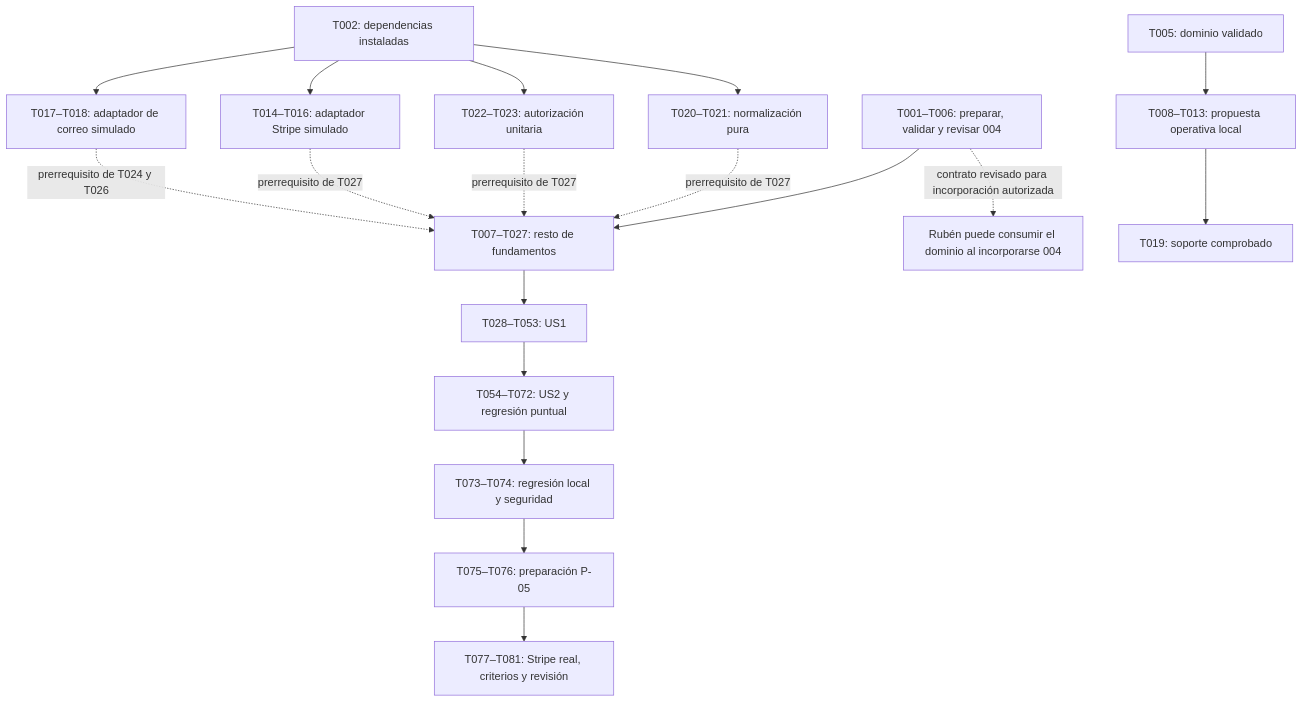
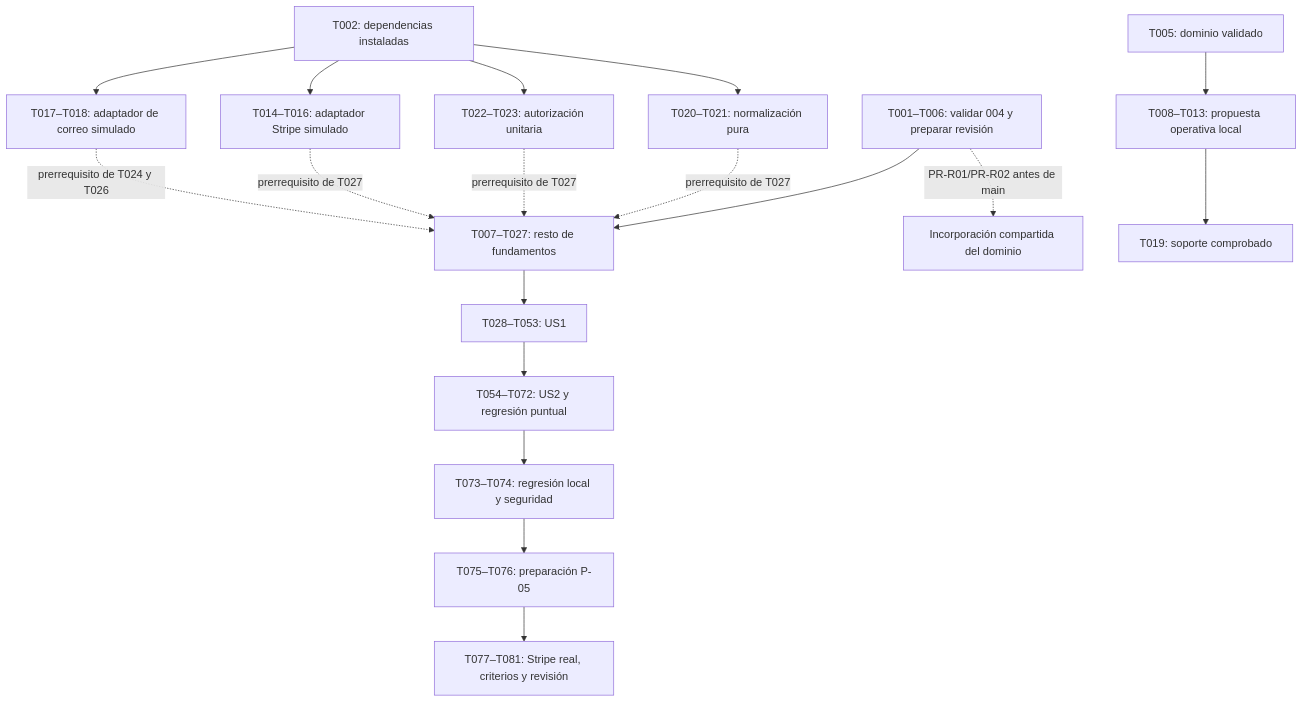
The diagram in specs/spec-001/tasks.md (nmp55-ua/IWEB_ONG), drawn with Mermaid before and after one commit. The commit also changed other lines of this file and 9 other files, not shown here.

````diff
--- a/specs/spec-001/tasks.md
+++ b/specs/spec-001/tasks.md
@@ -630,20 +632,20 @@
 ```mermaid
 flowchart TD
-    A["T001–T006: preparar, validar y revisar 004"] --> B["T007–T027: resto de fundamentos"]
-    A -. "contrato revisado para incorporación autorizada" .-> R["Rubén puede consumir el dominio al incorporarse 004"]
+    A["T001–T006: validar 004 y preparar revisión"] --> B["T007–T027: resto de fundamentos"]
+    A -. "PR-R01/PR-R02 antes de main" .-> R["Incorporación compartida del dominio"]
     L["T005: dominio validado"] --> O["T008–T013: propuesta operativa local"]
     O --> H["T019: soporte comprobado"]
     N["T002: dependencias instaladas"] --> P["T020–T021: normalización pura"]
     P -. "prerrequisito de T027" .-> B
     N --> U["T022–T023: autorización unitaria"]
     U -. "prerrequisito de T027" .-> B
     N --> Q["T014–T016: adaptador Stripe simulado"]
     Q -. "prerrequisito de T027" .-> B
     N --> S["T017–T018: adaptador de correo simulado"]
     S -. "prerrequisito de T024 y T026" .-> B
     B --> C["T028–T053: US1"]
     C --> D["T054–T072: US2 y regresión puntual"]
     D --> E["T073–T074: regresión local y seguridad"]
     E --> F["T075–T076: preparación P-05"]
     F --> G["T077–T081: Stripe real, criterios y revisión"]
 ```
````
